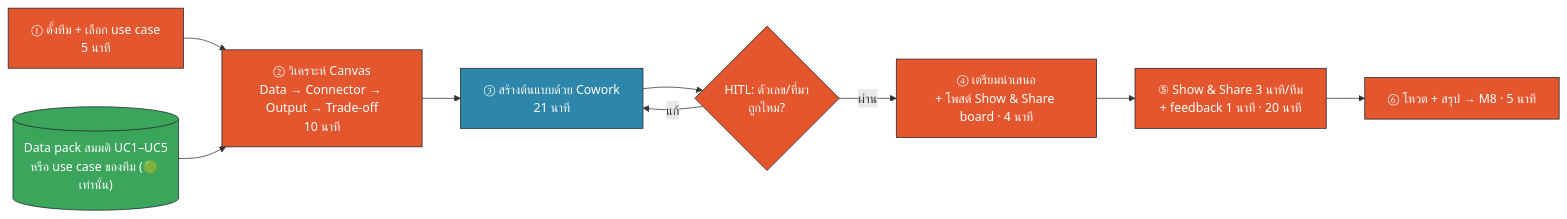
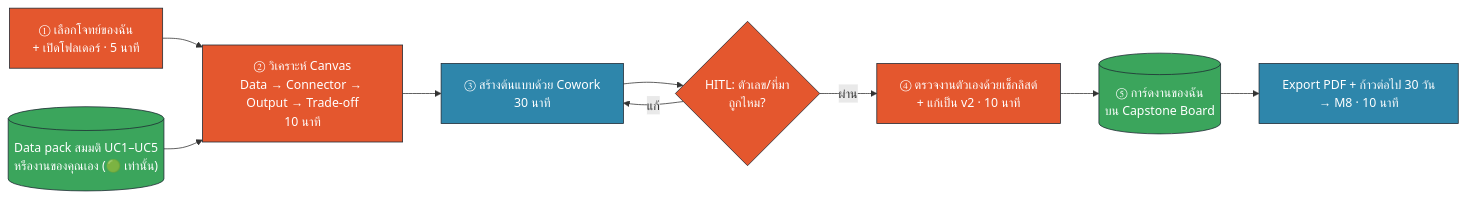
The diagram in materials/m7/diagrams/capstone-flow.mmd (batprem/banpu-claude-course), drawn with Mermaid before and after one commit. The commit also changed 50 other files, not shown here.

```diff
--- a/materials/m7/diagrams/capstone-flow.mmd
+++ b/materials/m7/diagrams/capstone-flow.mmd
@@ -1,12 +1,12 @@
 flowchart LR
-    T["① ตั้งทีม + เลือก use case<br/>5 นาที"]:::human --> A["② วิเคราะห์ Canvas<br/>Data → Connector → Output → Trade-off<br/>10 นาที"]:::human
-    D[("Data pack สมมติ UC1–UC5<br/>หรือ use case ของทีม (🟢 เท่านั้น)")]:::data --> A
-    A --> B["③ สร้างต้นแบบด้วย Cowork<br/>21 นาที"]:::ai
+    T["① เลือกโจทย์ของฉัน<br/>+ เปิดโฟลเดอร์ · 5 นาที"]:::human --> A["② วิเคราะห์ Canvas<br/>Data → Connector → Output → Trade-off<br/>10 นาที"]:::human
+    D[("Data pack สมมติ UC1–UC5<br/>หรืองานของคุณเอง (🟢 เท่านั้น)")]:::data --> A
+    A --> B["③ สร้างต้นแบบด้วย Cowork<br/>30 นาที"]:::ai
     B --> C{"HITL: ตัวเลข/ที่มา<br/>ถูกไหม?"}:::human
     C -- แก้ --> B
-    C -- ผ่าน --> P["④ เตรียมนำเสนอ<br/>+ โพสต์ Show & Share board · 4 นาที"]:::human
-    P --> S["⑤ Show & Share 3 นาที/ทีม<br/>+ feedback 1 นาที · 20 นาที"]:::human
-    S --> V["⑥ โหวต + สรุป → M8 · 5 นาที"]:::human
+    C -- ผ่าน --> P["④ ตรวจงานตัวเองด้วยเช็กลิสต์<br/>+ แก้เป็น v2 · 10 นาที"]:::human
+    P --> S[("⑤ การ์ดงานของฉัน<br/>บน Capstone Board")]:::data
+    S --> V["Export PDF + ก้าวต่อไป 30 วัน<br/>→ M8 · 10 นาที"]:::ai
     classDef human fill:#E4572E,color:#fff,stroke:#1F2933;
     classDef ai fill:#2E86AB,color:#fff,stroke:#1F2933;
     classDef data fill:#3BA55C,color:#fff,stroke:#1F2933;
```
